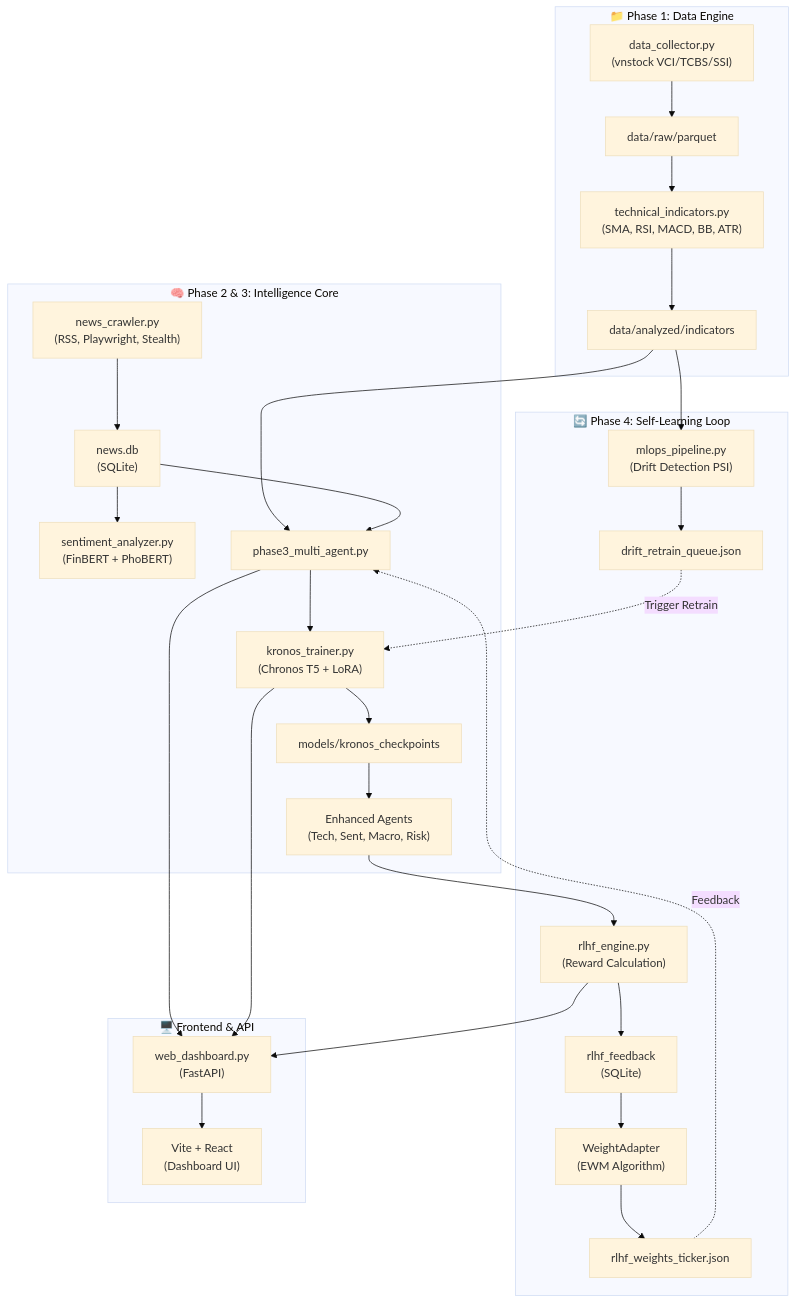
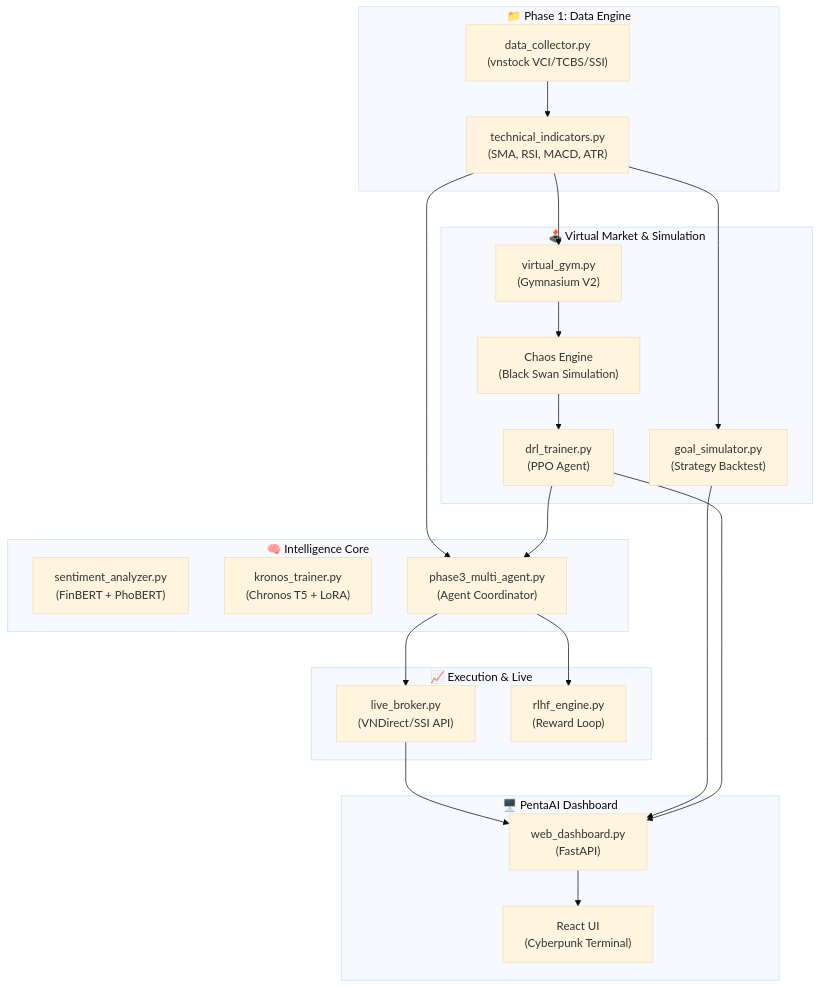
Before and after one commit to PentaYuki/PentaAna: the diagram in README.md, drawn with Mermaid (base theme). The commit also changed other lines of this file and 81 other files, not shown here.

Commit message:
Upgrade: Goal-Oriented AI Simulation & Virtual Strategy Gym (DRL V2) and Updated README

````diff
--- a/README.md
+++ b/README.md
@@ -21,61 +41,38 @@
 ```mermaid
 graph TB
     subgraph Data["📁 Phase 1: Data Engine"]
         DC["data_collector.py<br/>(vnstock VCI/TCBS/SSI)"]
-        RP["data/raw/parquet"]
-        TI["technical_indicators.py<br/>(SMA, RSI, MACD, BB, ATR)"]
-        AN["data/analyzed/indicators"]
+        TI["technical_indicators.py<br/>(SMA, RSI, MACD, ATR)"]
     end
 
-    subgraph Intel["🧠 Phase 2 & 3: Intelligence Core"]
-        NC["news_crawler.py<br/>(RSS, Playwright, Stealth)"]
-        DB1["news.db<br/>(SQLite)"]
-        SA["sentiment_analyzer.py<br/>(FinBERT + PhoBERT)"]
-        
-        KT["kronos_trainer.py<br/>(Chronos T5 + LoRA)"]
-        CP["models/kronos_checkpoints"]
-        
-        PM["phase3_multi_agent.py"]
-        TEC["Enhanced Agents<br/>(Tech, Sent, Macro, Risk)"]
+    subgraph Simulation["🕹️ Virtual Market & Simulation"]
+        VG["virtual_gym.py<br/>(Gymnasium V2)"]
+        CE["Chaos Engine<br/>(Black Swan Simulation)"]
+        DT["drl_trainer.py<br/>(PPO Agent)"]
+        GS["goal_simulator.py<br/>(Strategy Backtest)"]
     end
 
-    subgraph RLLoop["🔄 Phase 4: Self-Learning Loop"]
-        RH["rlhf_engine.py<br/>(Reward Calculation)"]
-        FDB["rlhf_feedback<br/>(SQLite)"]
-        WA["WeightAdapter<br/>(EWM Algorithm)"]
-        RW["rlhf_weights_ticker.json"]
-        
-        MP["mlops_pipeline.py<br/>(Drift Detection PSI)"]
-        TQ["drift_retrain_queue.json"]
+    subgraph Intel["🧠 Intelligence Core"]
+        SA["sentiment_analyzer.py<br/>(FinBERT + PhoBERT)"]
+        KT["kronos_trainer.py<br/>(Chronos T5 + LoRA)"]
+        PM["phase3_multi_agent.py<br/>(Agent Coordinator)"]
     end
 
-    subgraph UI["🖥️ Frontend & API"]
-        WD["web_dashboard.py<br/>(FastAPI)"]
-        REACT["Vite + React<br/>(Dashboard UI)"]
+    subgraph Execution["📈 Execution & Live"]
+        LB["live_broker.py<br/>(VNDirect/SSI API)"]
+        RH["rlhf_engine.py<br/>(Reward Loop)"]
     end
 
-    DC --> RP
-    RP --> TI
-    TI --> AN
-    
-    NC --> DB1
-    DB1 --> SA
-    
-    AN & DB1 --> PM
-    PM --> KT
-    KT --> CP
-    CP --> TEC
-    
-    TEC --> RH
-    RH --> FDB
-    FDB --> WA
-    WA --> RW
-    RW -.->|Feedback| PM
-    
-    AN --> MP
-    MP --> TQ
-    TQ -.->|Trigger Retrain| KT
-    
-    PM & KT & RH --> WD
+    subgraph UI["🖥️ PentaAI Dashboard"]
+        WD["web_dashboard.py<br/>(FastAPI)"]
+        REACT["React UI<br/>(Cyberpunk Terminal)"]
+    end
+
+    DC --> TI
+    TI --> VG & GS & PM
+    VG --> CE --> DT
+    DT --> PM
+    PM --> LB & RH
+    LB & GS & DT --> WD
     WD --> REACT
 ```
````
